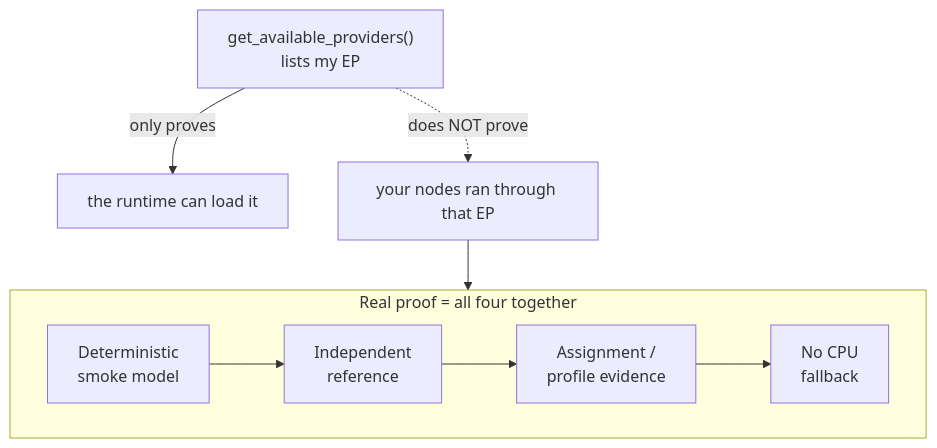
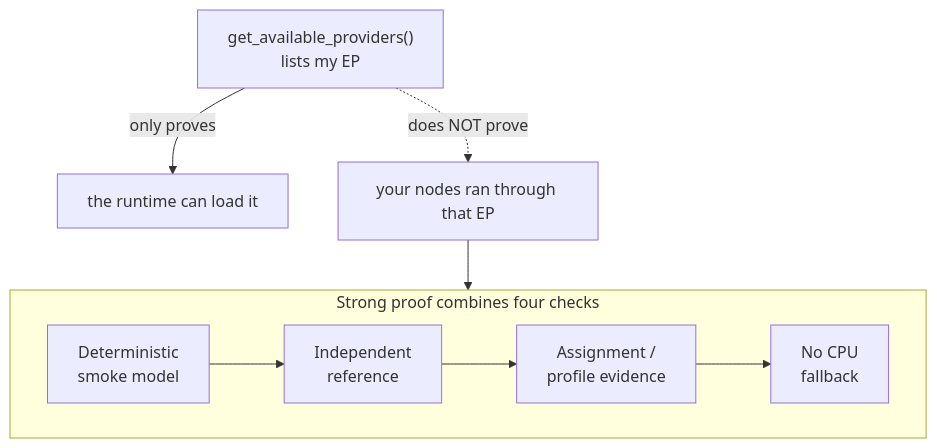
Before and after one commit to DakeQQ/Tutorial-ONNX-Runtime-Execution-Providers: the third of 7 diagrams in README.md, drawn with Mermaid. The commit also changed other lines of this file and 42 other files, not shown here.

````diff
--- a/README.md
+++ b/README.md
@@ -91,13 +91,13 @@
 ```mermaid
 flowchart TD
     Q["get_available_providers()<br/>lists my EP"]
     Q -->|only proves| A["the runtime can load it"]
     Q -.->|does NOT prove| B["your nodes ran through that EP"]
-    subgraph Need["Real proof = all four together"]
+    subgraph Need["Strong proof combines four checks"]
       direction LR
       M["Deterministic<br/>smoke model"] --> R["Independent<br/>reference"]
       R --> G["Assignment /<br/>profile evidence"]
       G --> F["No CPU<br/>fallback"]
     end
     B --> M
 ```
````
